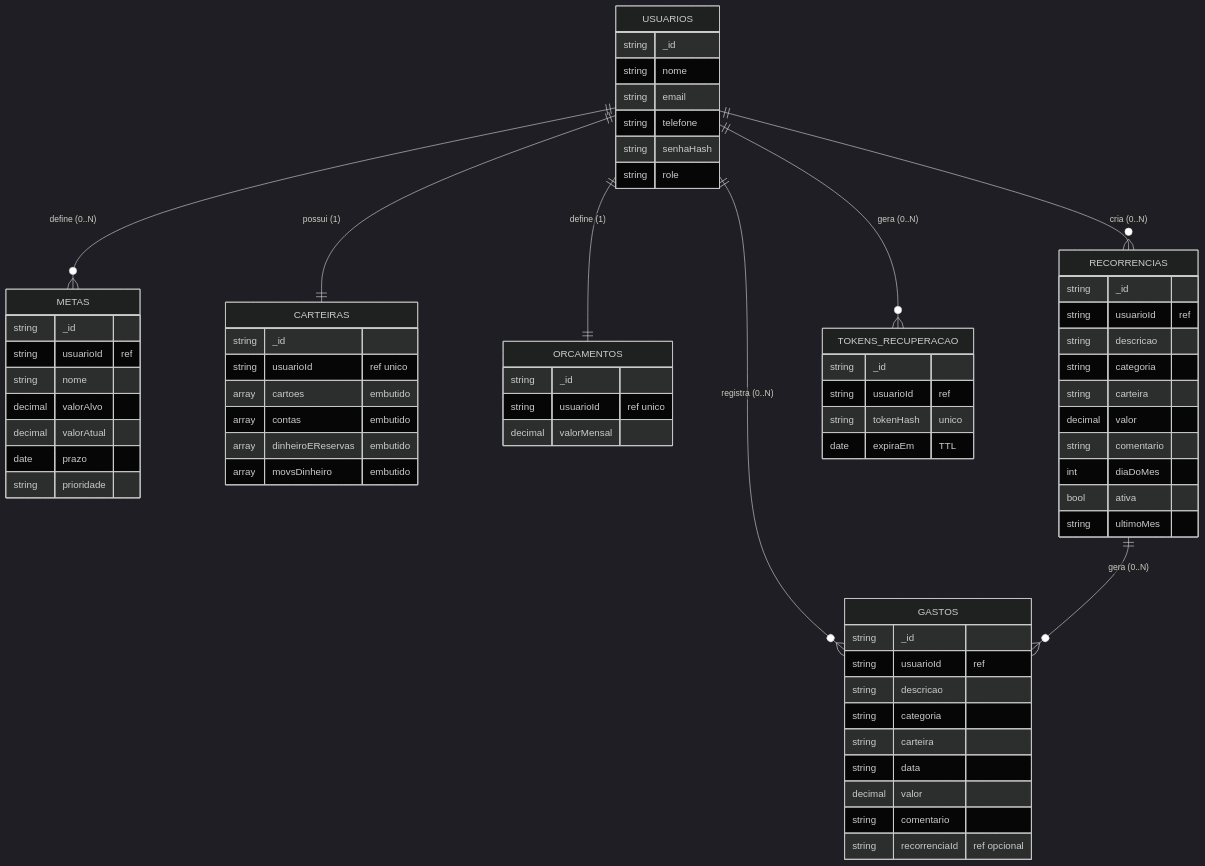
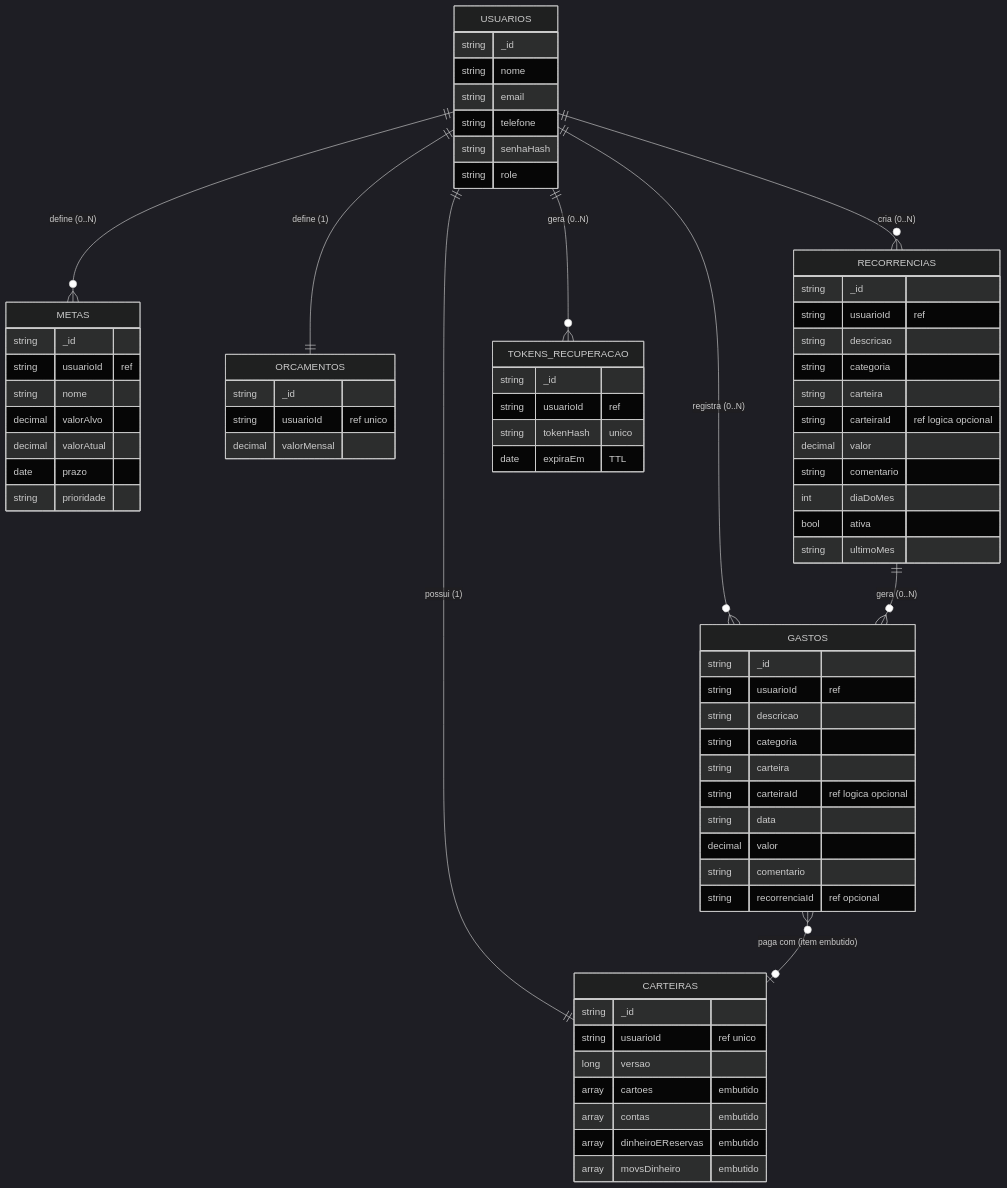
One commit to ICEI-PUC-Minas-PMGES-TI/pmg-es-2026-2-ti2-8183100-meu-bolso changed the diagram in Documentacao/ModeloDeDados.md. Above: the diagram before and after it, drawn with Mermaid (dark theme). The commit also changed other lines of this file and 3 other files, not shown here.

Commit message:
docs: documentar carteiraId nos gastos, versao da carteira e novos endpoints

````diff
--- a/Documentacao/ModeloDeDados.md
+++ b/Documentacao/ModeloDeDados.md
@@ -135,70 +146,74 @@
 ```mermaid
 erDiagram
     USUARIOS ||--o{ METAS : "define (0..N)"
     USUARIOS ||--|| CARTEIRAS : "possui (1)"
     USUARIOS ||--o{ GASTOS : "registra (0..N)"
     USUARIOS ||--|| ORCAMENTOS : "define (1)"
     USUARIOS ||--o{ RECORRENCIAS : "cria (0..N)"
     USUARIOS ||--o{ TOKENS_RECUPERACAO : "gera (0..N)"
     RECORRENCIAS ||--o{ GASTOS : "gera (0..N)"
+    GASTOS }o--o| CARTEIRAS : "paga com (item embutido)"
 
     USUARIOS {
         string _id
         string nome
         string email
         string telefone
         string senhaHash
         string role
     }
     METAS {
         string _id
         string usuarioId "ref"
         string nome
         decimal valorAlvo
         decimal valorAtual
         date prazo
         string prioridade
     }
     CARTEIRAS {
         string _id
         string usuarioId "ref unico"
+        long versao
         array cartoes "embutido"
         array contas "embutido"
         array dinheiroEReservas "embutido"
         array movsDinheiro "embutido"
     }
     GASTOS {
         string _id
         string usuarioId "ref"
         string descricao
         string categoria
         string carteira
+        string carteiraId "ref logica opcional"
         string data
         decimal valor
         string comentario
         string recorrenciaId "ref opcional"
     }
     ORCAMENTOS {
         string _id
         string usuarioId "ref unico"
         decimal valorMensal
     }
     RECORRENCIAS {
         string _id
         string usuarioId "ref"
         string descricao
         string categoria
         string carteira
+        string carteiraId "ref logica opcional"
         decimal valor
         string comentario
         int diaDoMes
         bool ativa
         string ultimoMes
     }
     TOKENS_RECUPERACAO {
         string _id
         string usuarioId "ref"
         string tokenHash "unico"
         date expiraEm "TTL"
     }
 ```
````
